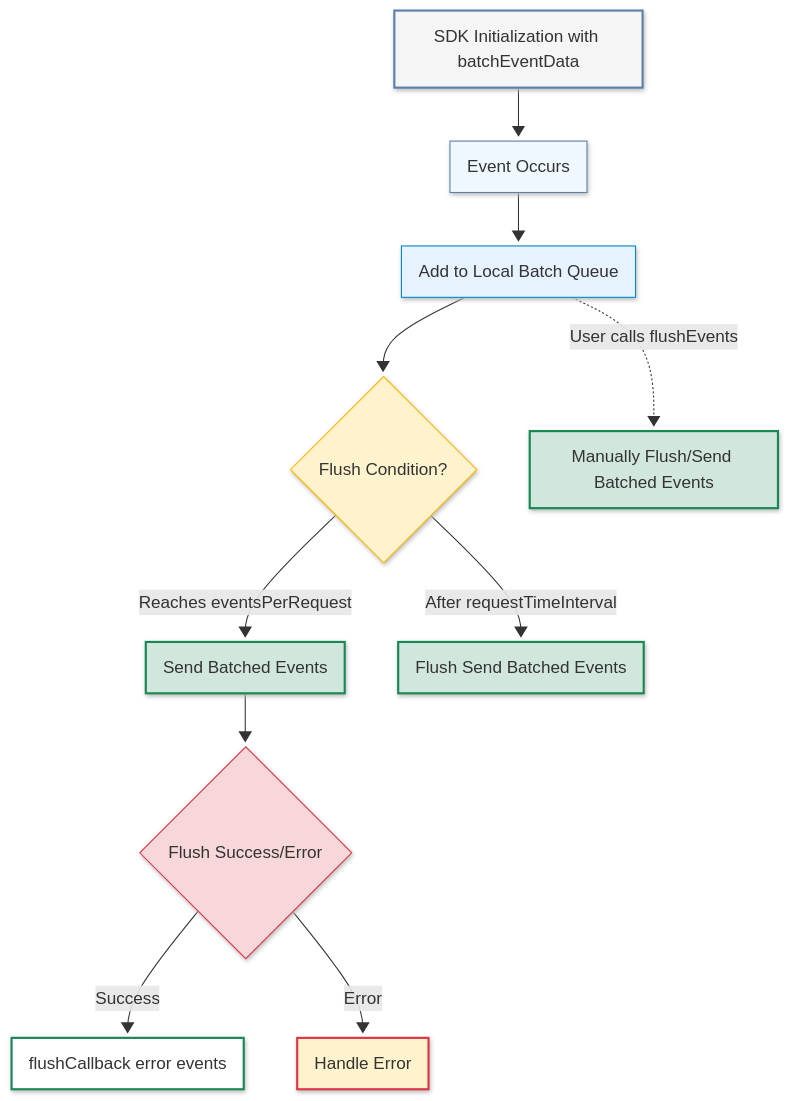
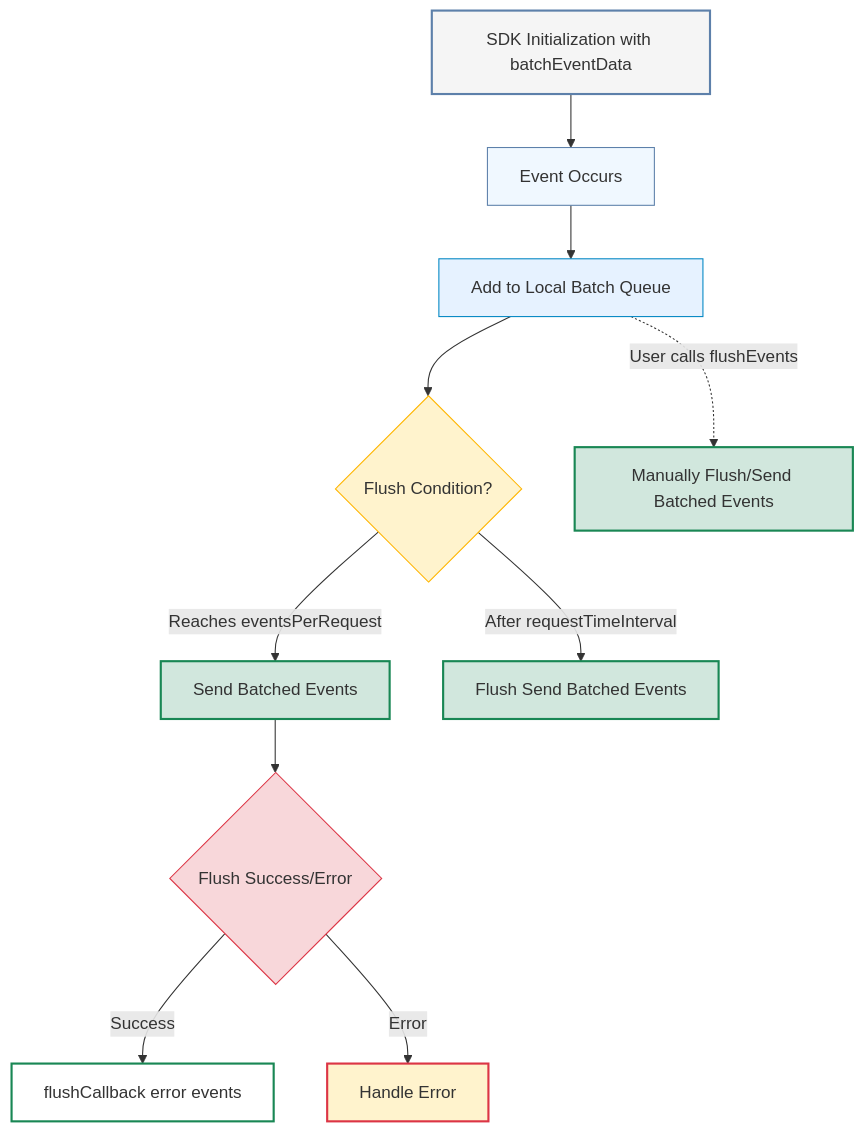
The diagram in docs/Concepts/wip-rd-event-batching-copy.md (wingify/readme-central), drawn with Mermaid before and after one commit.

Commit message:
Update doc `wip-rd-event-batching-copy`

````diff
--- a/docs/Concepts/wip-rd-event-batching-copy.md
+++ b/docs/Concepts/wip-rd-event-batching-copy.md
@@ -159,29 +159,30 @@
 ```mermaid
----
-config:
-  layout: fixed
-  look: neo
-  theme: mc
----
 flowchart TD
-    A["SDK Initialization with batchEventData"] --> B["Event Occurs"]
-    B --> C["Add to Local Batch Queue"]
-    C --> D1{"Flush Condition?"}
-    D1 -- Reaches eventsPerRequest --> E1["Send Batched Events"]
-    D1 -- After requestTimeInterval --> E2["Flush Send Batched Events"]
-    C -. User calls flushEvents .-> E3["Manually Flush/Send Batched Events"]
-    E1 --> F1{"Flush Success/Error"}
-    F1 -- Success --> G["flushCallback error events"]
-    F1 -- Error --> H["Handle Error"]
+    A[SDK Initialization with batchEventData] --> B[Event Occurs]
+    B --> C[Add to Local Batch Queue]
+
+    %% Automatic Flushing triggers
+    C --> D1{Flush Condition?}
+    D1 -->|Reaches eventsPerRequest| E1[Send Batched Events]
+    D1 -->|After requestTimeInterval| E2[Flush Send Batched Events]
+
+    %% Manual Flush
+    C -.->|User calls flushEvents| E3[Manually Flush/Send Batched Events]
+
+    E1 --> F1{Flush Success/Error}
+    F1 -->|Success| G[flushCallback error events]
+    F1 -->|Error| H[Handle Error]
+
+    %% Notes
     style A fill:#f5f5f5,stroke:#5D80AA,stroke-width:2px
     style B fill:#f0f8ff,stroke:#5D80AA,stroke-width:1px
     style C fill:#e6f2ff,stroke:#0086c3,stroke-width:1px
     style D1 fill:#fff3cd,stroke:#ffb600,stroke-width:1px
     style E1 fill:#d1e7dd,stroke:#198754,stroke-width:2px
     style E2 fill:#d1e7dd,stroke:#198754,stroke-width:2px
     style E3 fill:#d1e7dd,stroke:#198754,stroke-width:2px
     style F1 fill:#f8d7da,stroke:#dc3545,stroke-width:1px
     style G fill:#fff,stroke:#198754,stroke-width:2px
     style H fill:#fff3cd,stroke:#dc3545,stroke-width:2px
 
 ```
````
